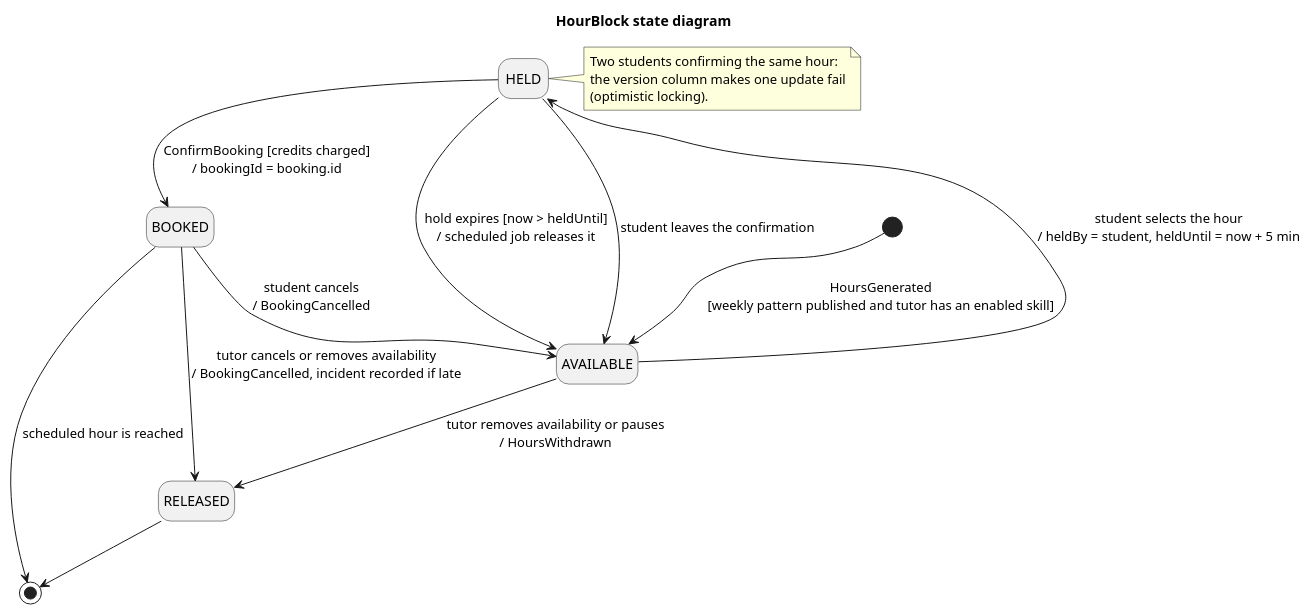
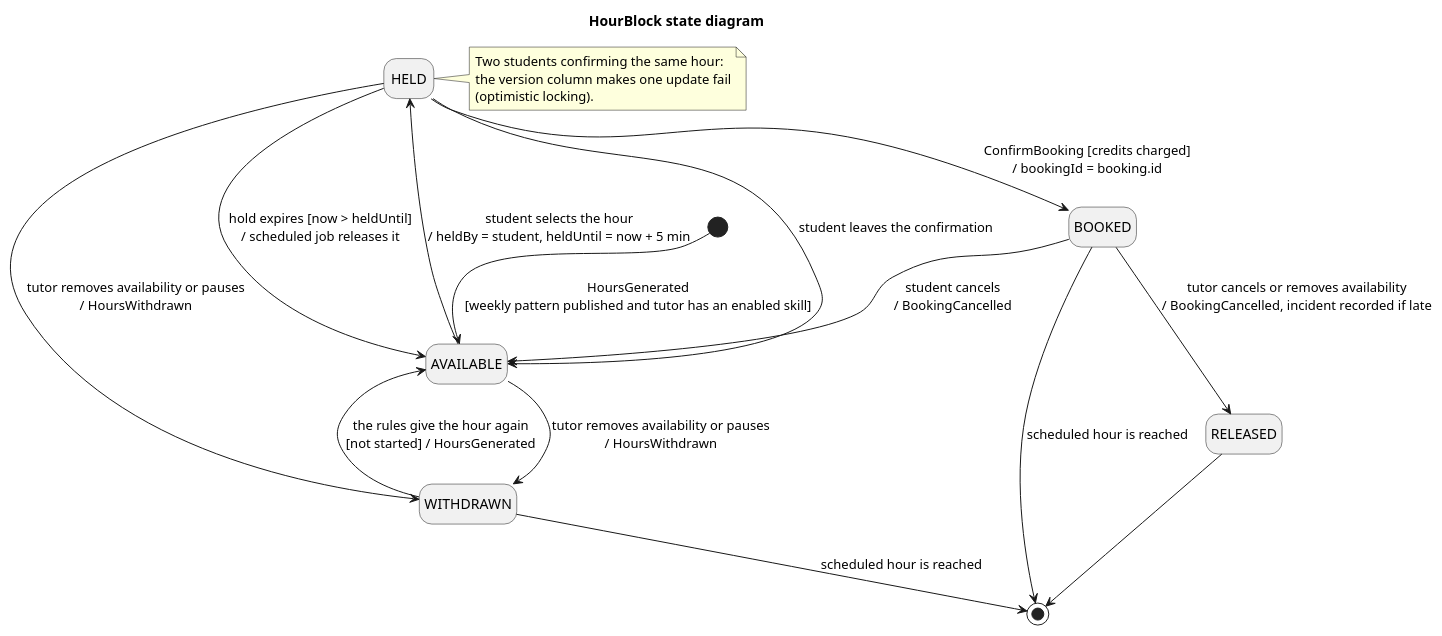
One commit to ayni-team/ayni changed the diagram in docs/architecture/uml/state-hour-block.puml. Above: the diagram before and after it, drawn with PlantUML. The commit also changed 1 other file, not shown here.

Commit message:
docs(booking): describe the withdrawn hours and the three availability endpoints (US22, US19)

```diff
--- a/docs/architecture/uml/state-hour-block.puml
+++ b/docs/architecture/uml/state-hour-block.puml
@@ -1,24 +1,27 @@
 @startuml state-hour-block
 title HourBlock state diagram
 hide empty description
 
 [*] --> AVAILABLE : HoursGenerated\n[weekly pattern published and tutor has an enabled skill]
 
 AVAILABLE --> HELD : student selects the hour\n/ heldBy = student, heldUntil = now + 5 min
 HELD --> AVAILABLE : hold expires [now > heldUntil]\n/ scheduled job releases it
 HELD --> AVAILABLE : student leaves the confirmation
 HELD --> BOOKED : ConfirmBooking [credits charged]\n/ bookingId = booking.id
 
-AVAILABLE --> RELEASED : tutor removes availability or pauses\n/ HoursWithdrawn
+AVAILABLE --> WITHDRAWN : tutor removes availability or pauses\n/ HoursWithdrawn
+HELD --> WITHDRAWN : tutor removes availability or pauses\n/ HoursWithdrawn
+WITHDRAWN --> AVAILABLE : the rules give the hour again\n[not started] / HoursGenerated
 BOOKED --> AVAILABLE : student cancels\n/ BookingCancelled
 BOOKED --> RELEASED : tutor cancels or removes availability\n/ BookingCancelled, incident recorded if late
 
 BOOKED --> [*] : scheduled hour is reached
 RELEASED --> [*]
+WITHDRAWN --> [*] : scheduled hour is reached
 
 note right of HELD
   Two students confirming the same hour:
   the version column makes one update fail
   (optimistic locking).
 end note
 @enduml
```
